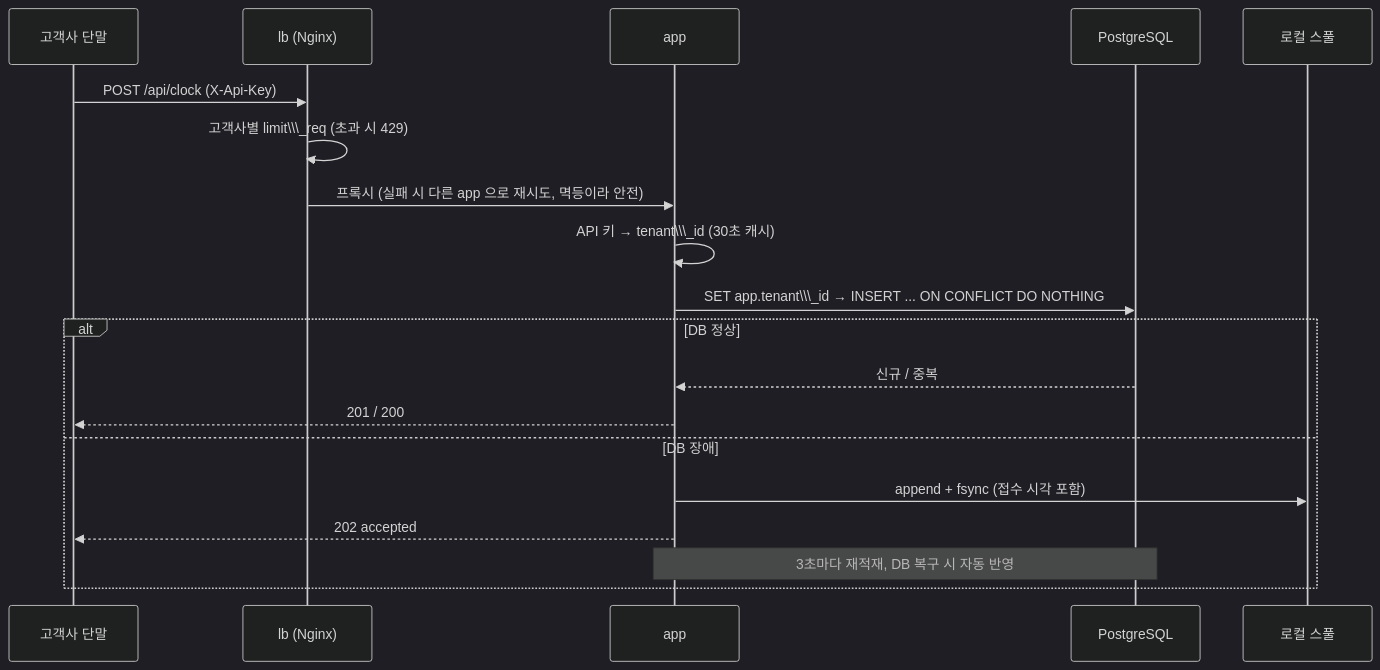
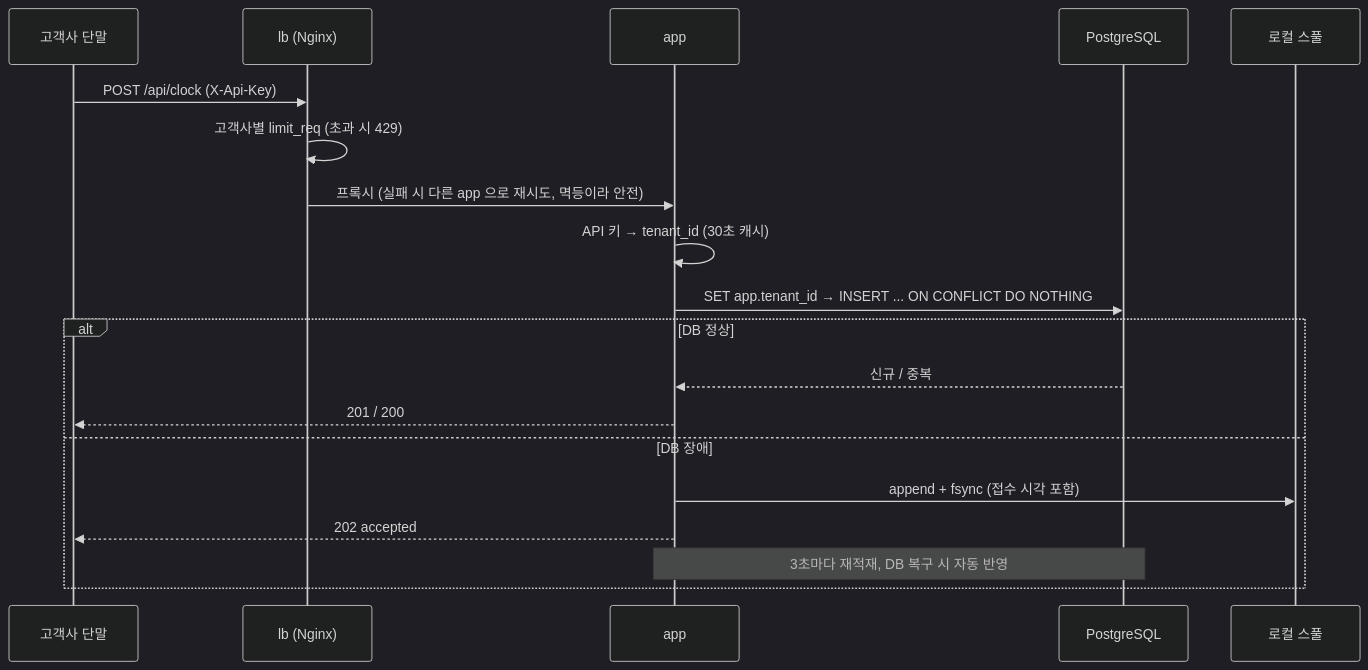
One commit to wsmaango/att-final changed the second of 2 diagrams in docs/REPORT.md. Above: the diagram before and after it, drawn with Mermaid (dark theme). The commit also changed other lines of this file, not shown here.

````diff
--- a/docs/REPORT.md
+++ b/docs/REPORT.md
@@ -88,21 +85,21 @@
 ```mermaid
 sequenceDiagram
   participant U as 고객사 단말
   participant L as lb (Nginx)
   participant A as app
   participant P as PostgreSQL
   participant S as 로컬 스풀
   U->>L: POST /api/clock (X-Api-Key)
-  L->>L: 고객사별 limit\\\_req (초과 시 429)
+  L->>L: 고객사별 limit_req (초과 시 429)
   L->>A: 프록시 (실패 시 다른 app 으로 재시도, 멱등이라 안전)
-  A->>A: API 키 → tenant\\\_id (30초 캐시)
-  A->>P: SET app.tenant\\\_id → INSERT ... ON CONFLICT DO NOTHING
+  A->>A: API 키 → tenant_id (30초 캐시)
+  A->>P: SET app.tenant_id → INSERT ... ON CONFLICT DO NOTHING
   alt DB 정상
     P-->>A: 신규 / 중복
     A-->>U: 201 / 200
   else DB 장애
     A->>S: append + fsync (접수 시각 포함)
     A-->>U: 202 accepted
     Note over A,P: 3초마다 재적재, DB 복구 시 자동 반영
   end
 ```
````
